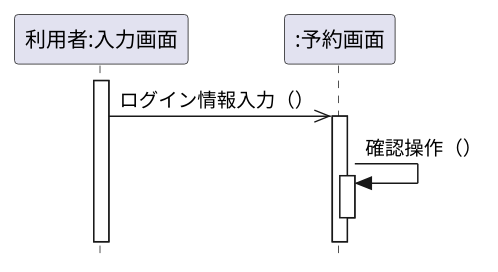
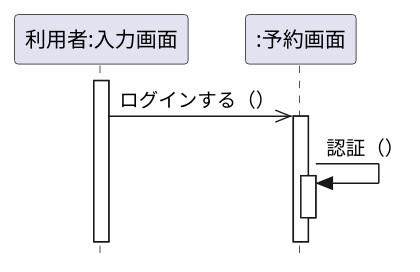
One commit to marute0215/uml-introduction changed the diagram in 演習4-2_SD_利用者と予約画面.pu. Above: the diagram before and after it, drawn with PlantUML.

Commit message:
修正

```diff
--- a/演習4-2_SD_利用者と予約画面.pu
+++ b/演習4-2_SD_利用者と予約画面.pu
@@ -1,15 +1,15 @@
 @startuml 
  hide footbox
 skinparam style strictuml /' 厳密なUMLに準拠する'/
 participant "利用者:入力画面" as gest
 participant ":予約画面" as ReservationScreen
 
 activate gest
-gest ->> ReservationScreen: ログイン情報入力（）
+gest ->> ReservationScreen: ログインする（）
 
 activate ReservationScreen
-    ReservationScreen -> ReservationScreen: 確認操作（）
+    ReservationScreen -> ReservationScreen: 認証（）
     activate ReservationScreen
 deactivate ReservationScreen
 
 @enduml
```
